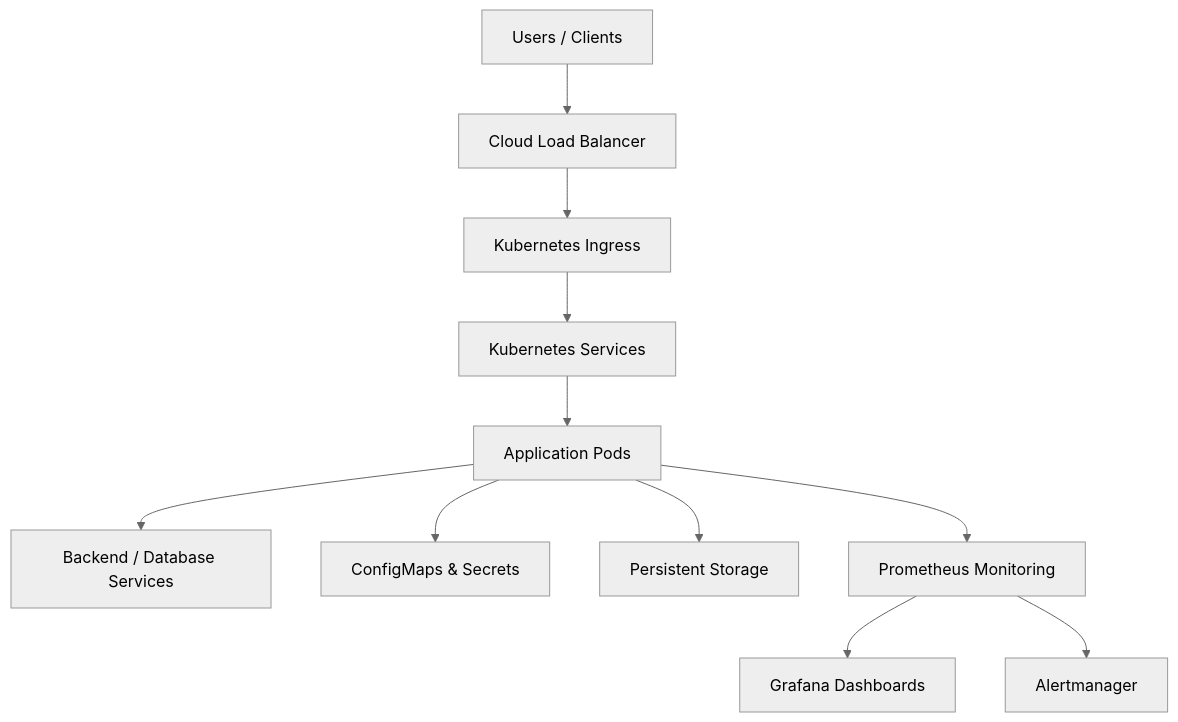
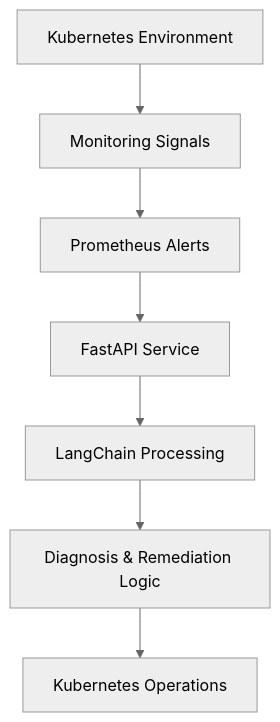
One commit to manesaurabh1704-devops/manesaurabh1704-devops changed the second of 8 diagrams in README.md. Above: the diagram before and after it, drawn with Mermaid (neutral theme). The commit also changed other lines of this file, not shown here.

````diff
--- a/README.md
+++ b/README.md
@@ -217,13 +313,9 @@
 ```mermaid
 flowchart TD
-    A["Users / Clients"] --> B["Cloud Load Balancer"]
-    B --> C["Kubernetes Ingress"]
-    C --> D["Kubernetes Services"]
-    D --> E["Application Pods"]
-    E --> F["Backend / Database Services"]
-    E --> G["ConfigMaps & Secrets"]
-    E --> H["Persistent Storage"]
-    E --> I["Prometheus Monitoring"]
-    I --> J["Grafana Dashboards"]
-    I --> K["Alertmanager"]
+    A["Kubernetes Environment"] --> B["Monitoring Signals"]
+    B --> C["Prometheus Alerts"]
+    C --> D["FastAPI Service"]
+    D --> E["LangChain Processing"]
+    E --> F["Diagnosis & Remediation Logic"]
+    F --> G["Kubernetes Operations"]
 ```
````
